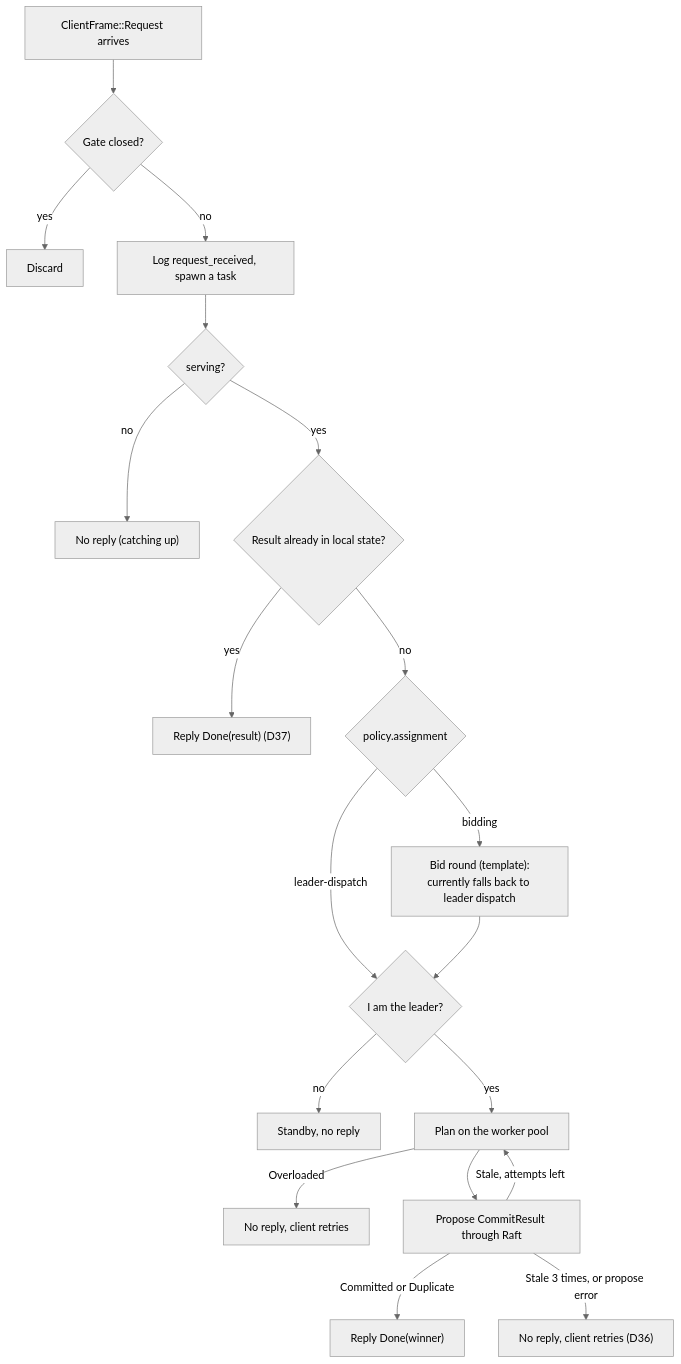
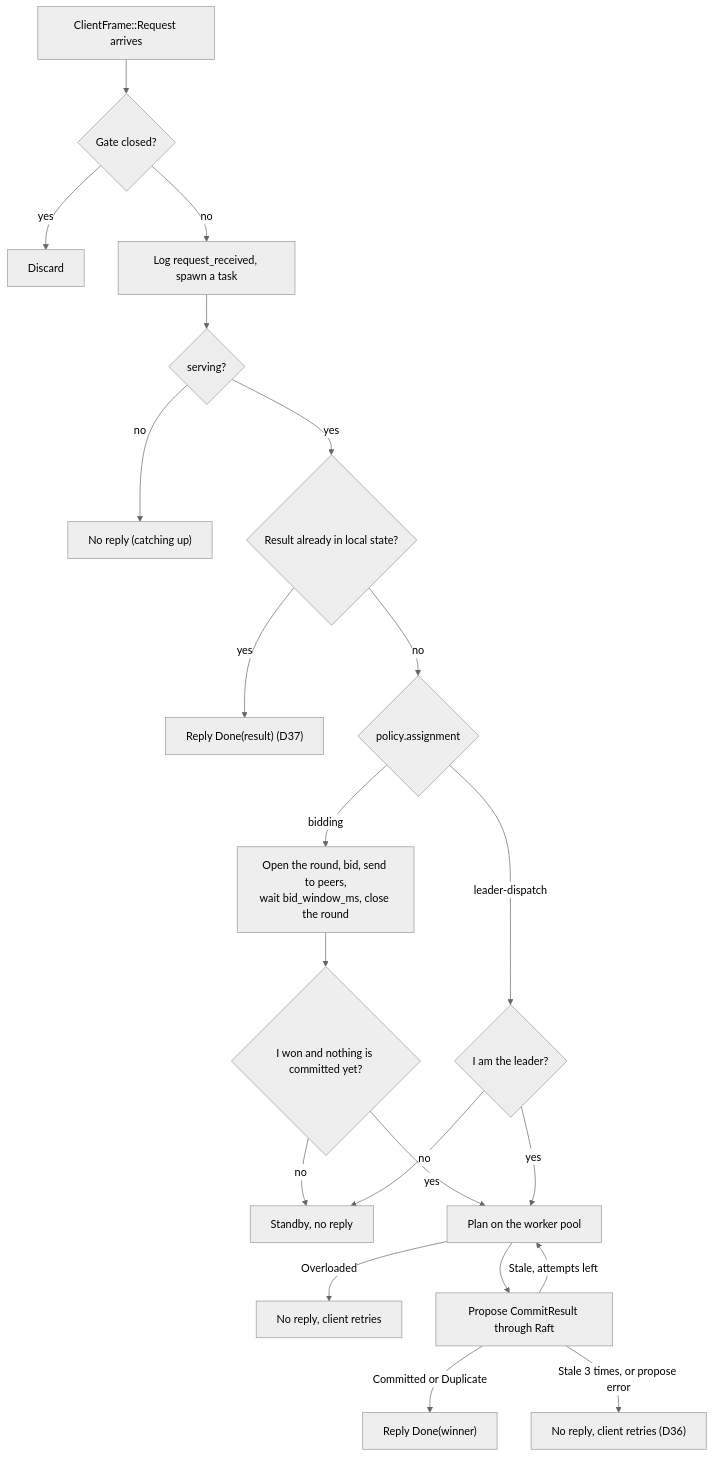
One commit to noortaytoy1/DistributedSystems changed diagram 18 of 26 in docs/architecture.md. Above: the diagram before and after it, drawn with Mermaid (neutral theme). The commit also changed other lines of this file and 13 other files, not shown here.

````diff
--- a/docs/architecture.md
+++ b/docs/architecture.md
@@ -666,21 +667,23 @@
 ```mermaid
 flowchart TD
     REQ["ClientFrame::Request arrives"] --> GATE{"Gate closed?"}
     GATE -->|yes| DROP["Discard"]
     GATE -->|no| LOG["Log request_received, spawn a task"]
     LOG --> SERV{"serving?"}
     SERV -->|no| QUIET1["No reply (catching up)"]
     SERV -->|yes| DONE{"Result already in local state?"}
     DONE -->|yes| REPLY1["Reply Done(result) (D37)"]
     DONE -->|no| POL{"policy.assignment"}
     POL -->|leader-dispatch| LEAD{"I am the leader?"}
-    POL -->|bidding| BID["Bid round (template):<br/>currently falls back to leader dispatch"]
-    BID --> LEAD
-    LEAD -->|no| QUIET2["Standby, no reply"]
-    LEAD -->|yes| PLAN["Plan on the worker pool"]
+    POL -->|bidding| BID["Open the round, bid, send to peers,<br/>wait bid_window_ms, close the round"]
+    BID --> WON{"I won and nothing is committed yet?"}
+    WON -->|no| QUIET2["Standby, no reply"]
+    WON -->|yes| PLAN["Plan on the worker pool"]
+    LEAD -->|no| QUIET2
+    LEAD -->|yes| PLAN
     PLAN -->|Overloaded| QUIET3["No reply, client retries"]
     PLAN --> PROP["Propose CommitResult through Raft"]
     PROP -->|Committed or Duplicate| REPLY2["Reply Done(winner)"]
     PROP -->|Stale, attempts left| PLAN
     PROP -->|Stale 3 times, or propose error| QUIET4["No reply, client retries (D36)"]
 ```
````
